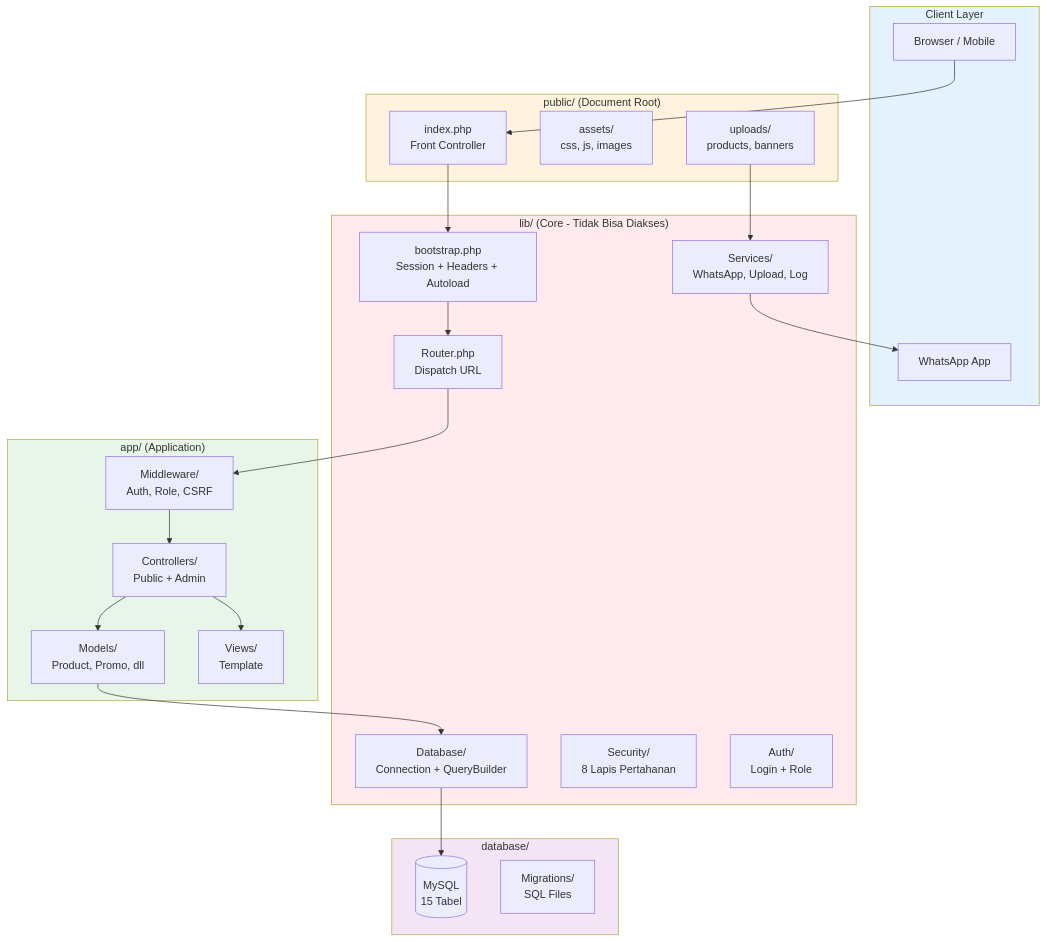
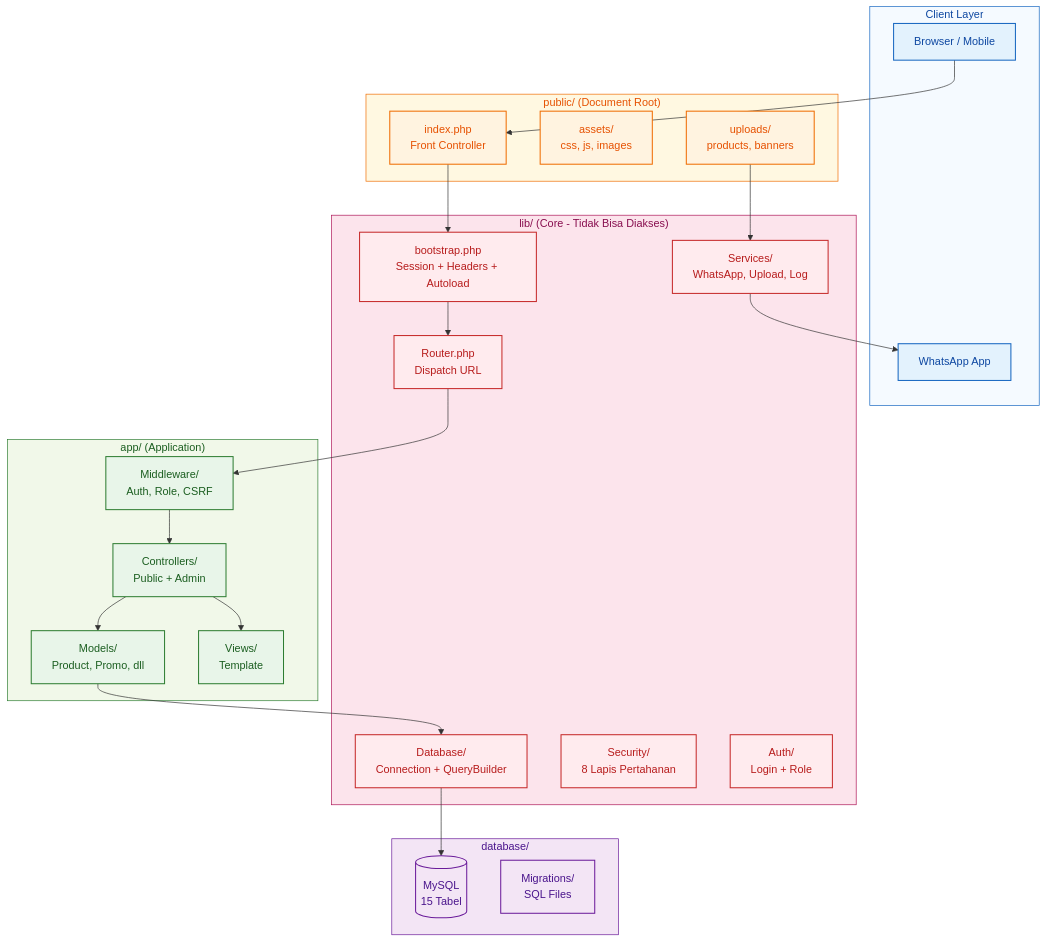
The fifth of 19 diagrams in README.md (sekarpratama/project1), drawn with Mermaid before and after one commit. The commit also changed other lines of this file, not shown here.

````diff
--- a/README.md
+++ b/README.md
@@ -185,52 +199,58 @@
 ```mermaid
 flowchart TB
     subgraph CLIENT["Client Layer"]
-        Browser["Browser / Mobile"]
-        WA["WhatsApp App"]
+        Browser["Browser / Mobile"]:::client
+        WA["WhatsApp App"]:::client
     end
 
     subgraph PUBLIC["public/ (Document Root)"]
-        Index["index.php<br/>Front Controller"]
-        Assets["assets/<br/>css, js, images"]
-        Uploads["uploads/<br/>products, banners"]
+        Index["index.php<br/>Front Controller"]:::pub
+        Assets["assets/<br/>css, js, images"]:::pub
+        Uploads["uploads/<br/>products, banners"]:::pub
     end
 
     subgraph CORE["lib/ (Core - Tidak Bisa Diakses)"]
-        Bootstrap["bootstrap.php<br/>Session + Headers + Autoload"]
-        Router["Router.php<br/>Dispatch URL"]
-        DB["Database/<br/>Connection + QueryBuilder"]
-        Security["Security/<br/>8 Lapis Pertahanan"]
-        Auth["Auth/<br/>Login + Role"]
-        Services["Services/<br/>WhatsApp, Upload, Log"]
+        Bootstrap["bootstrap.php<br/>Session + Headers + Autoload"]:::core
+        Router["Router.php<br/>Dispatch URL"]:::core
+        DB["Database/<br/>Connection + QueryBuilder"]:::core
+        Security["Security/<br/>8 Lapis Pertahanan"]:::core
+        Auth["Auth/<br/>Login + Role"]:::core
+        Services["Services/<br/>WhatsApp, Upload, Log"]:::core
     end
 
     subgraph APP["app/ (Application)"]
-        Controllers["Controllers/<br/>Public + Admin"]
-        Models["Models/<br/>Product, Promo, dll"]
-        Views["Views/<br/>Template"]
-        Middleware["Middleware/<br/>Auth, Role, CSRF"]
+        Controllers["Controllers/<br/>Public + Admin"]:::app
+        Models["Models/<br/>Product, Promo, dll"]:::app
+        Views["Views/<br/>Template"]:::app
+        Middleware["Middleware/<br/>Auth, Role, CSRF"]:::app
     end
 
     subgraph DATA["database/"]
-        MySQL[("MySQL<br/>15 Tabel")]
-        Migrations["Migrations/<br/>SQL Files"]
+        MySQL[("MySQL<br/>15 Tabel")]:::data
+        Migrations["Migrations/<br/>SQL Files"]:::data
     end
 
     Browser --> Index
     Index --> Bootstrap
     Bootstrap --> Router
     Router --> Middleware
     Middleware --> Controllers
     Controllers --> Models
     Controllers --> Views
     Models --> DB
     DB --> MySQL
     Services --> WA
     Uploads --> Services
 
-    style CLIENT fill:#e3f2fd
-    style PUBLIC fill:#fff3e0
-    style CORE fill:#ffebee
-    style APP fill:#e8f5e9
-    style DATA fill:#f3e5f5
+    classDef client fill:#e3f2fd,stroke:#1565c0,stroke-width:1.5px,color:#0d47a1
+    classDef pub fill:#fff3e0,stroke:#ef6c00,stroke-width:1.5px,color:#e65100
+    classDef core fill:#ffebee,stroke:#c62828,stroke-width:1.5px,color:#b71c1c
+    classDef app fill:#e8f5e9,stroke:#2e7d32,stroke-width:1.5px,color:#1b5e20
+    classDef data fill:#f3e5f5,stroke:#6a1b9a,stroke-width:1.5px,color:#4a148c
+
+    style CLIENT fill:#f5faff,stroke:#1565c0,color:#0d47a1
+    style PUBLIC fill:#fff8e1,stroke:#ef6c00,color:#e65100
+    style CORE fill:#fce4ec,stroke:#ad1457,color:#880e4f
+    style APP fill:#f1f8e9,stroke:#2e7d32,color:#1b5e20
+    style DATA fill:#f3e5f5,stroke:#6a1b9a,color:#4a148c
 ```
````
